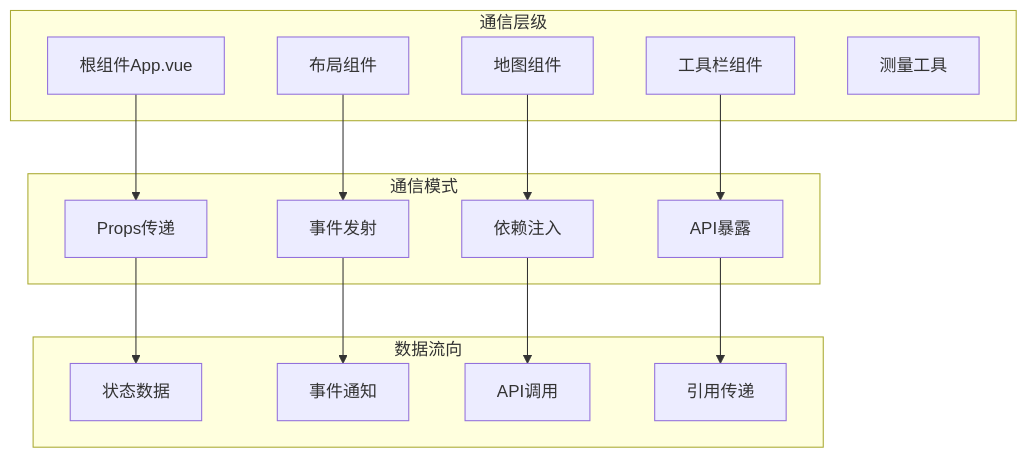
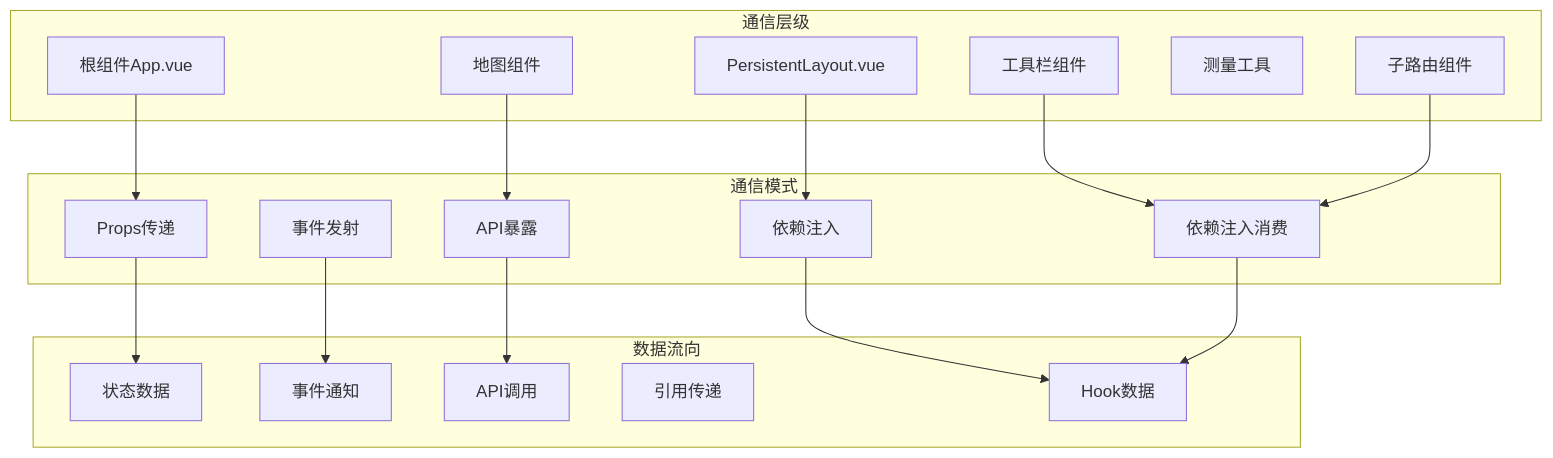
One commit to zhibo1997/government-dashboard changed diagram 13 of 14 in .qoder/repowiki/zh/content/核心组件架构/核心组件架构.md. Above: the diagram before and after it, drawn with Mermaid. The commit also changed other lines of this file and 28 other files, not shown here.

````diff
--- a/.qoder/repowiki/zh/content/核心组件架构/核心组件架构.md
+++ b/.qoder/repowiki/zh/content/核心组件架构/核心组件架构.md
@@ -511,30 +643,35 @@
 ```mermaid
 graph TB
 subgraph "通信模式"
 Props[Props传递]
 Emit[事件发射]
 Provide[依赖注入]
 Expose[API暴露]
+Inject[依赖注入消费]
 end
 subgraph "通信层级"
 Root[根组件App.vue]
-Layout[布局组件]
+Layout[PersistentLayout.vue]
 Map[地图组件]
 Toolbar[工具栏组件]
 Tools[测量工具]
+Child[子路由组件]
 end
 subgraph "数据流向"
 State[状态数据]
 Event[事件通知]
 API[API调用]
 Ref[引用传递]
+Hook[Hook数据]
 end
 Root --> Props
-Layout --> Emit
-Map --> Provide
-Toolbar --> Expose
+Layout --> Provide
+Map --> Expose
+Toolbar --> Inject
+Child --> Inject
 Props --> State
 Emit --> Event
-Provide --> API
-Expose --> Ref
+Provide --> Hook
+Expose --> API
+Inject --> Hook
 ```
````
